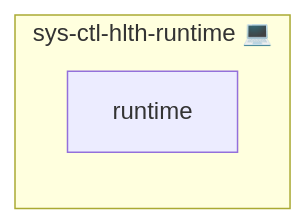
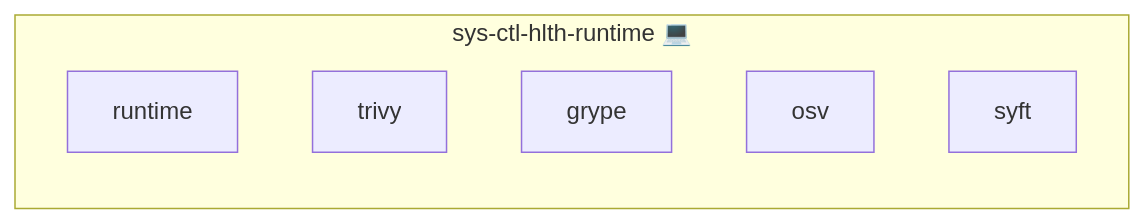
The diagram in roles/sys-ctl-hlth-runtime/README.md (infinito-nexus/core), drawn with Mermaid before and after one commit. The commit also changed other lines of this file and 37 other files, not shown here.

````diff
--- a/roles/sys-ctl-hlth-runtime/README.md
+++ b/roles/sys-ctl-hlth-runtime/README.md
@@ -15,6 +15,10 @@
 ```mermaid
 flowchart LR
     subgraph role [sys-ctl-hlth-runtime 💻]
         svc_runtime["runtime"]
+        svc_trivy["trivy"]
+        svc_grype["grype"]
+        svc_osv["osv"]
+        svc_syft["syft"]
     end
 ```
````
